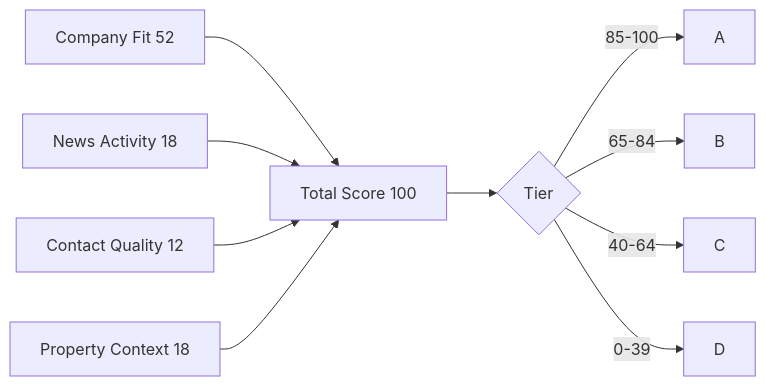
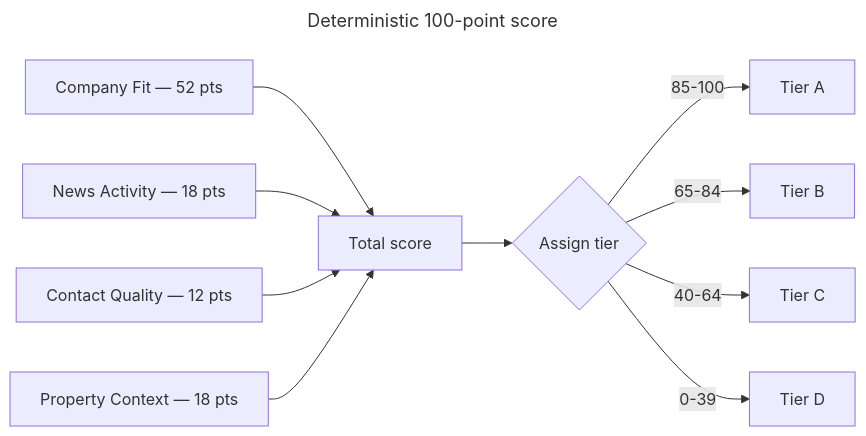
Before and after one commit to Kohralle/Property-Management-Lead-Enricher: the fifth of 6 diagrams in README.md, drawn with Mermaid. The commit also changed other lines of this file and 1 other file, not shown here.

First line of the commit message:
Improve diagram labels and tailor email pitch by company profile

````diff
--- a/README.md
+++ b/README.md
@@ -118,12 +129,15 @@
 ```mermaid
+---
+title: Deterministic 100-point score
+---
 flowchart LR
-    A[Company Fit 52] --> E[Total Score 100]
-    B[News Activity 18] --> E
-    C[Contact Quality 12] --> E
-    D[Property Context 18] --> E
-    E --> F{Tier}
-    F -->|85-100| G[A]
-    F -->|65-84| H[B]
-    F -->|40-64| I[C]
-    F -->|0-39| J[D]
+    A[Company Fit — 52 pts] --> E[Total score]
+    B[News Activity — 18 pts] --> E
+    C[Contact Quality — 12 pts] --> E
+    D[Property Context — 18 pts] --> E
+    E --> F{Assign tier}
+    F -->|85-100| G[Tier A]
+    F -->|65-84| H[Tier B]
+    F -->|40-64| I[Tier C]
+    F -->|0-39| J[Tier D]
 ```
````
